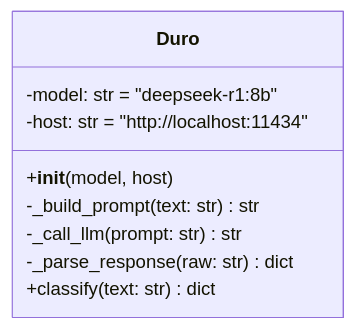
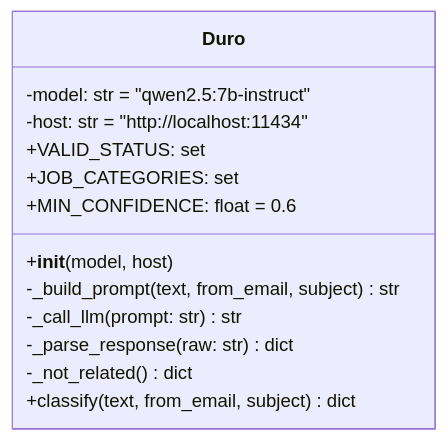
The diagram in wiki/Classification.md (Tempest150/Scales), drawn with Mermaid before and after one commit. The commit also changed other lines of this file and 22 other files, not shown here.

````diff
--- a/wiki/Classification.md
+++ b/wiki/Classification.md
@@ -7,12 +7,16 @@
 ```mermaid
 classDiagram
     class Duro {
-        -model: str = "deepseek-r1:8b"
+        -model: str = "qwen2.5:7b-instruct"
         -host: str = "http://localhost:11434"
+        +VALID_STATUS: set
+        +JOB_CATEGORIES: set
+        +MIN_CONFIDENCE: float = 0.6
         +__init__(model, host)
-        -_build_prompt(text: str) str
+        -_build_prompt(text, from_email, subject) str
         -_call_llm(prompt: str) str
         -_parse_response(raw: str) dict
-        +classify(text: str) dict
+        -_not_related() dict
+        +classify(text, from_email, subject) dict
     }
 ```
````
